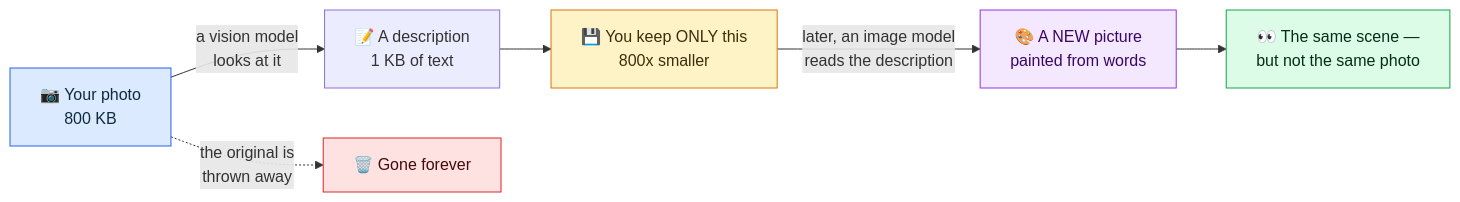
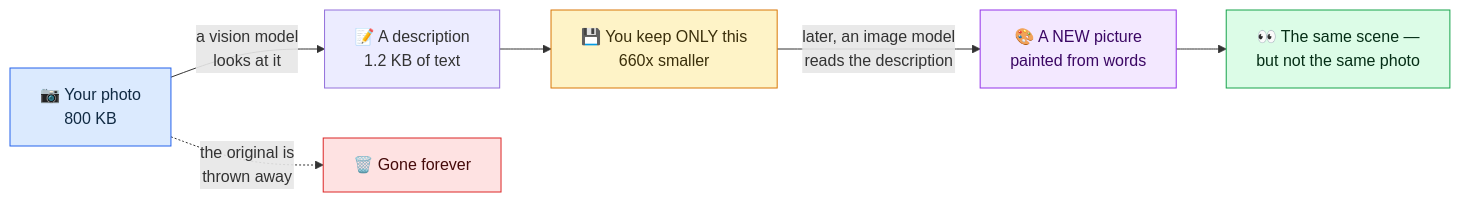
One commit to marcelpetrick/llmPEG changed the diagram in README.md. Above: the diagram before and after it, drawn with Mermaid. The commit also changed other lines of this file and 30 other files, not shown here.

````diff
--- a/README.md
+++ b/README.md
@@ -39,14 +39,14 @@
 ```mermaid
 flowchart LR
-    A["📷 Your photo<br/>800 KB"] -->|"a vision model<br/>looks at it"| B["📝 A description<br/>1 KB of text"]
-    B --> C["💾 You keep ONLY this<br/>800x smaller"]
+    A["📷 Your photo<br/>800 KB"] -->|"a vision model<br/>looks at it"| B["📝 A description<br/>1.2 KB of text"]
+    B --> C["💾 You keep ONLY this<br/>660x smaller"]
     A -.->|"the original is<br/>thrown away"| D["🗑️ Gone forever"]
     C -->|"later, an image model<br/>reads the description"| E["🎨 A NEW picture<br/>painted from words"]
     E --> F["👀 The same scene —<br/>but not the same photo"]
 
     style A fill:#dbeafe,stroke:#2563eb,color:#102a43
     style C fill:#fef3c7,stroke:#d97706,color:#3b2f0b
     style D fill:#fee2e2,stroke:#dc2626,color:#450a0a
     style E fill:#f3e8ff,stroke:#9333ea,color:#3b0764
     style F fill:#dcfce7,stroke:#16a34a,color:#052e16
 ```
````
